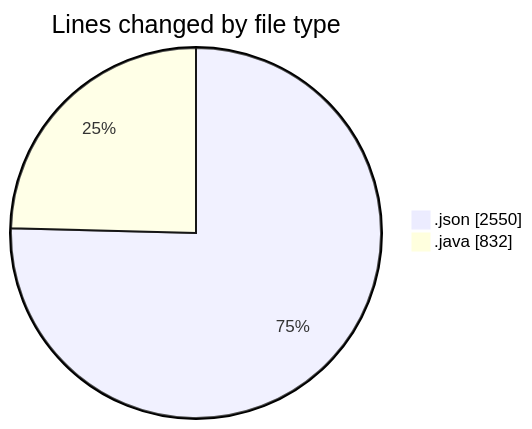
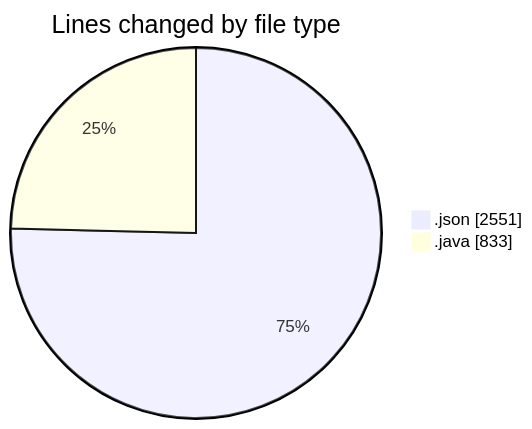
The first of 2 diagrams in 2026-10-20/cilapp/README.md (ricardozamudiocil/code-tracking), drawn with Mermaid before and after one commit. The commit also changed other lines of this file and 1 other file, not shown here.

````diff
--- a/2026-10-20/cilapp/README.md
+++ b/2026-10-20/cilapp/README.md
@@ -21,6 +21,6 @@
 ```mermaid
 pie showData
 title Lines changed by file type
-".json" : 2550
-".java" : 832
+".json" : 2551
+".java" : 833
 ```
````
